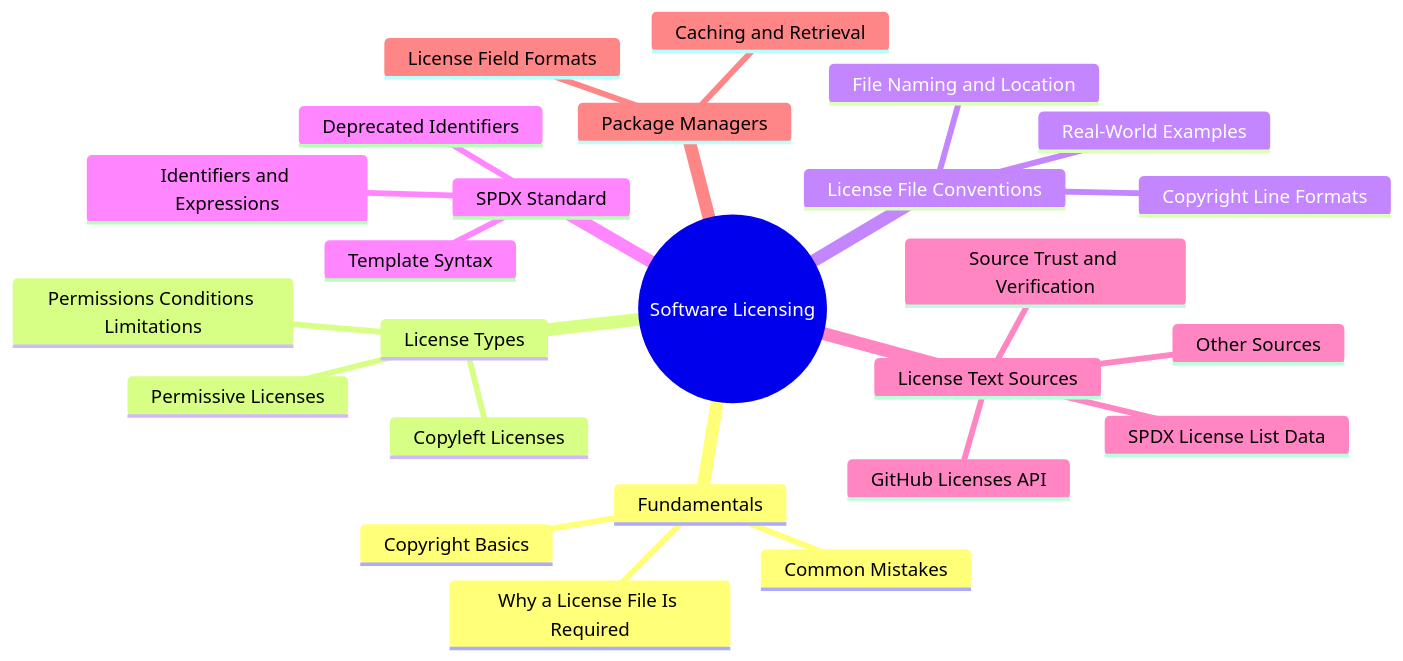
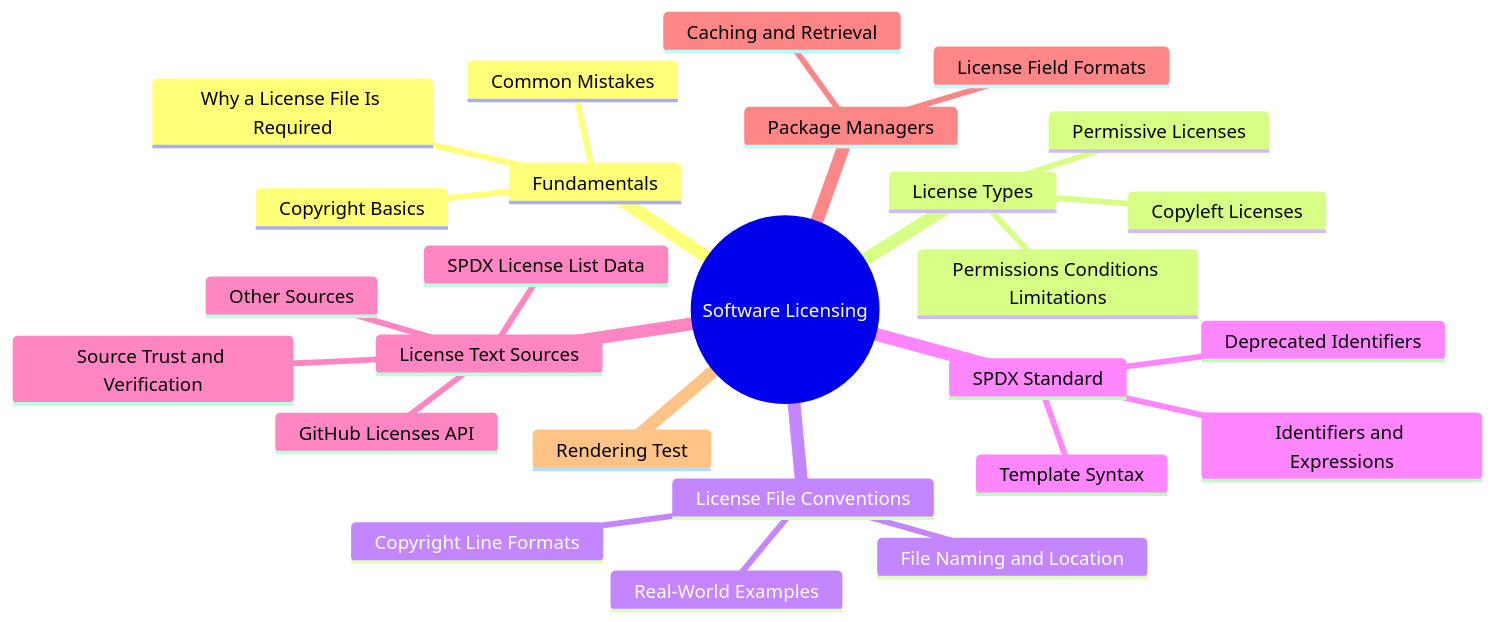
One commit to erdembircan/license-wizard changed the diagram in docs/knowledge-base/mind-map.md. Above: the diagram before and after it, drawn with Mermaid.

Commit message:
test(mermaid): add leaf to mind-map mindmap

````diff
--- a/docs/knowledge-base/mind-map.md
+++ b/docs/knowledge-base/mind-map.md
@@ -7,28 +7,29 @@
 ```mermaid
 mindmap
   root((Software Licensing))
     Fundamentals
       Copyright Basics
       Why a License File Is Required
       Common Mistakes
     License Types
       Permissive Licenses
       Copyleft Licenses
       Permissions Conditions Limitations
     License File Conventions
       File Naming and Location
       Copyright Line Formats
       Real-World Examples
     SPDX Standard
       Identifiers and Expressions
       Template Syntax
       Deprecated Identifiers
     License Text Sources
       SPDX License List Data
       GitHub Licenses API
       Other Sources
       Source Trust and Verification
     Package Managers
       License Field Formats
       Caching and Retrieval
+    Rendering Test
 ```
````
